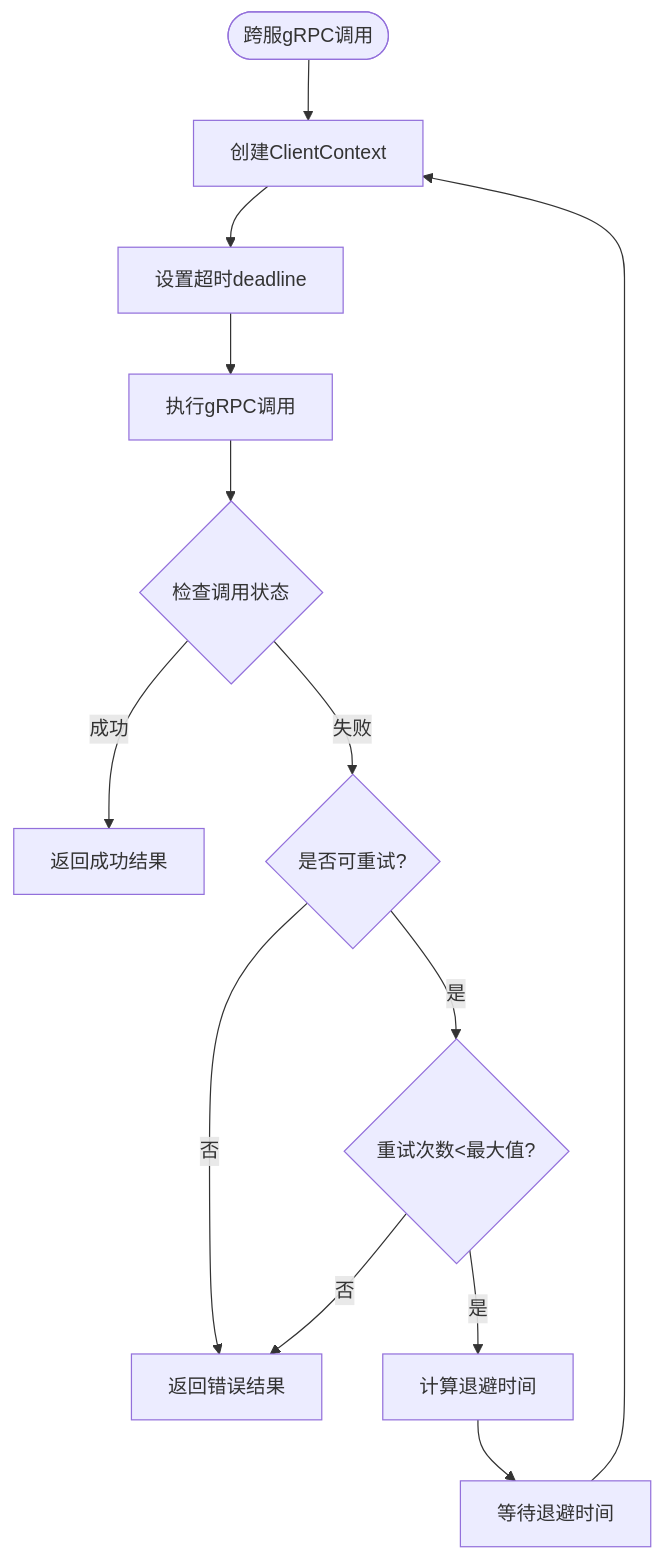
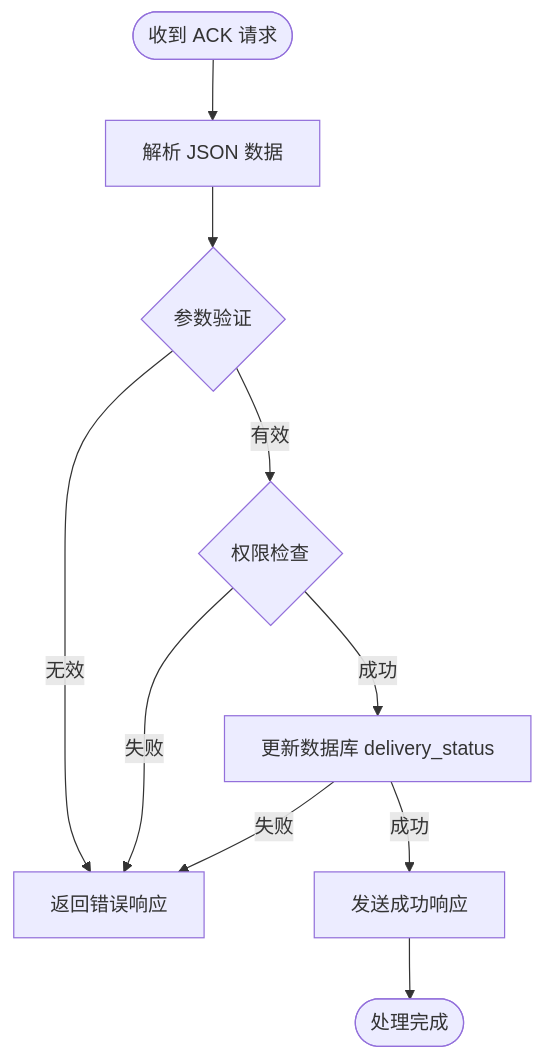
Before and after one commit to echo9923/mychatter: the seventh of 11 diagrams in .qoder/repowiki/zh/content/核心功能模块/聊天消息系统/离线消息投递系统.md, drawn with Mermaid. The commit also changed other lines of this file and 132 other files, not shown here.

````diff
--- a/.qoder/repowiki/zh/content/核心功能模块/聊天消息系统/离线消息投递系统.md
+++ b/.qoder/repowiki/zh/content/核心功能模块/聊天消息系统/离线消息投递系统.md
@@ -398,15 +331,12 @@
 ```mermaid
 flowchart TD
-Start(["跨服gRPC调用"]) --> CreateCtx["创建ClientContext"]
-CreateCtx --> SetDeadline["设置超时deadline"]
-SetDeadline --> CallRPC["执行gRPC调用"]
-CallRPC --> CheckStatus{"检查调用状态"}
-CheckStatus --> |成功| ReturnSuccess["返回成功结果"]
-CheckStatus --> |失败| CheckRetryable{"是否可重试?"}
-CheckRetryable --> |否| ReturnError["返回错误结果"]
-CheckRetryable --> |是| CheckAttempts{"重试次数<最大值?"}
-CheckAttempts --> |否| ReturnError
-CheckAttempts --> |是| CalculateBackoff["计算退避时间"]
-CalculateBackoff --> Sleep["等待退避时间"]
-Sleep --> CreateCtx
+Start(["收到 ACK 请求"]) --> ParseJSON["解析 JSON 数据"]
+ParseJSON --> ValidateParams{"参数验证"}
+ValidateParams --> |无效| Reject["返回错误响应"]
+ValidateParams --> |有效| CheckAuth{"权限检查"}
+CheckAuth --> |失败| Reject
+CheckAuth --> |成功| UpdateDB["更新数据库 delivery_status"]
+UpdateDB --> |失败| Reject
+UpdateDB --> |成功| SendRsp["发送成功响应"]
+SendRsp --> End(["处理完成"])
 ```
````
